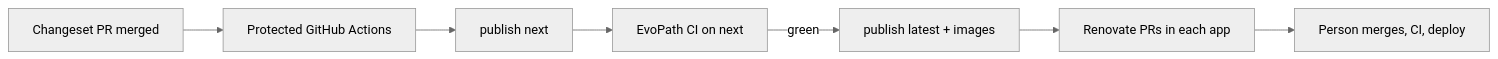
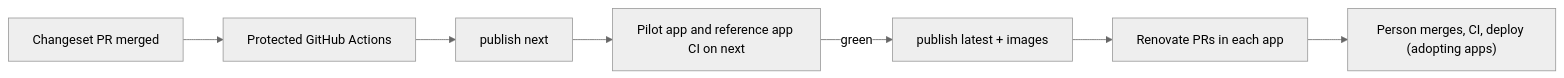
One commit to marinoscar/EnterpriseAppBase changed the sixth of 8 diagrams in docs/specs/platform-packages.md. Above: the diagram before and after it, drawn with Mermaid (neutral theme). The commit also changed other lines of this file, not shown here.

````diff
--- a/docs/specs/platform-packages.md
+++ b/docs/specs/platform-packages.md
@@ -725,9 +905,9 @@
 ```mermaid
 flowchart LR
   ch["Changeset PR merged"] --> ci["Protected GitHub Actions"]
   ci --> next["publish next"]
-  next --> evo["EvoPath CI on next"]
+  next --> evo["Pilot app and reference app CI on next"]
   evo -->|"green"| rel["publish latest + images"]
   rel --> ren["Renovate PRs in each app"]
-  ren --> merge["Person merges, CI, deploy"]
+  ren --> merge["Person merges, CI, deploy (adopting apps)"]
 ```
````
